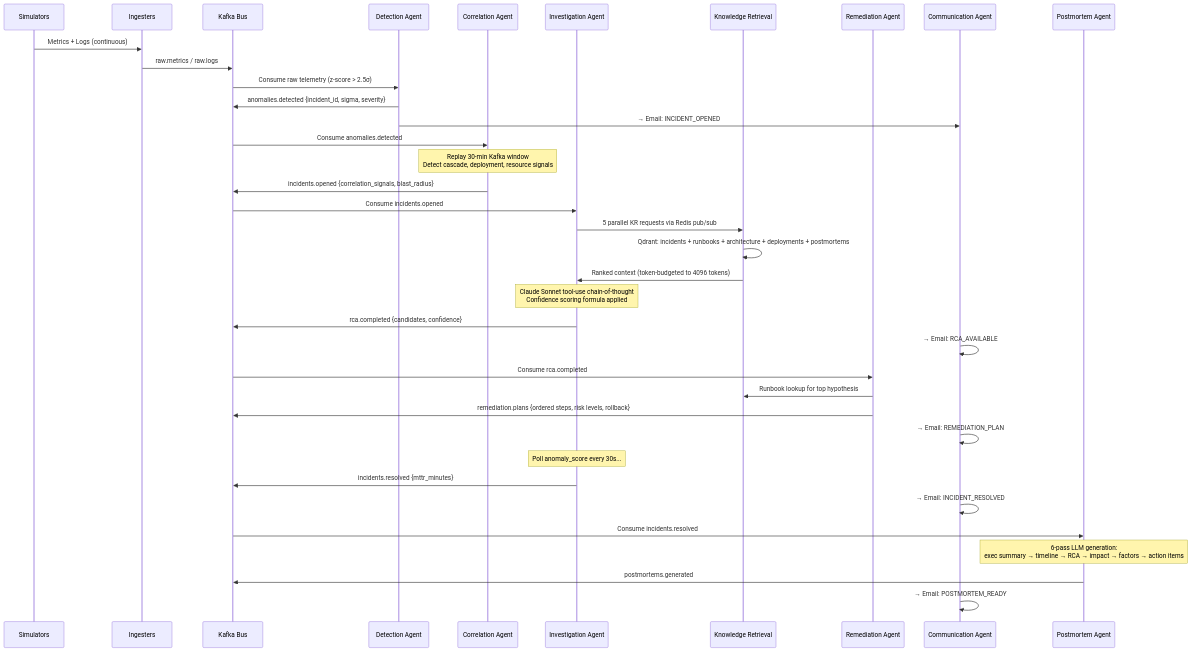
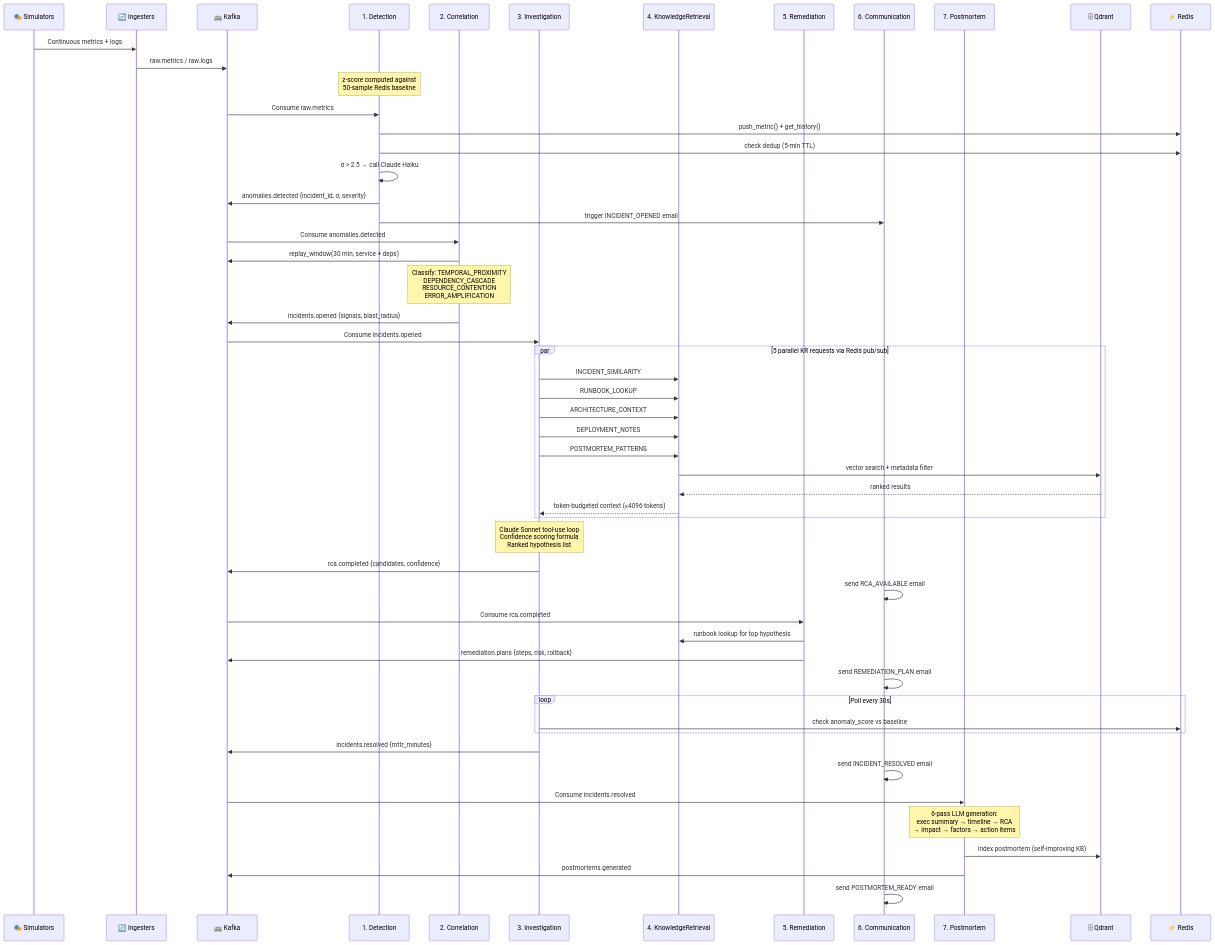
One commit to amudhan023/sre-copilot changed the third of 7 diagrams in README.md. Above: the diagram before and after it, drawn with Mermaid. The commit also changed other lines of this file, not shown here.

First line of the commit message:
Rewrite README with structured docs, 7 Mermaid architecture diagrams

````diff
--- a/README.md
+++ b/README.md
@@ -131,46 +213,63 @@
 ```mermaid
 sequenceDiagram
-    participant SIM as Simulators
-    participant INGEST as Ingesters
-    participant KAFKA as Kafka Bus
-    participant DET as Detection Agent
-    participant CORR as Correlation Agent
-    participant INV as Investigation Agent
-    participant KR as Knowledge Retrieval
-    participant REM as Remediation Agent
-    participant COMM as Communication Agent
-    participant POST as Postmortem Agent
+    participant SIM as 🎭 Simulators
+    participant INGEST as 🔄 Ingesters
+    participant KAFKA as 🚌 Kafka
+    participant DET as 1. Detection
+    participant CORR as 2. Correlation
+    participant INV as 3. Investigation
+    participant KR as 4. KnowledgeRetrieval
+    participant REM as 5. Remediation
+    participant COMM as 6. Communication
+    participant POST as 7. Postmortem
+    participant QDRANT as 🗄 Qdrant
+    participant REDIS as ⚡ Redis
 
-    SIM->>INGEST: Metrics + Logs (continuous)
+    SIM->>INGEST: Continuous metrics + logs
     INGEST->>KAFKA: raw.metrics / raw.logs
 
-    KAFKA->>DET: Consume raw telemetry (z-score > 2.5σ)
-    DET->>KAFKA: anomalies.detected {incident_id, sigma, severity}
-    DET->>COMM: → Email: INCIDENT_OPENED
+    note over DET: z-score computed against<br/>50-sample Redis baseline
+    KAFKA->>DET: Consume raw.metrics
+    DET->>REDIS: push_metric() + get_history()
+    DET->>REDIS: check dedup (5-min TTL)
+    DET->>DET: σ > 2.5 → call Claude Haiku
+    DET->>KAFKA: anomalies.detected {incident_id, σ, severity}
+    DET->>COMM: trigger INCIDENT_OPENED email
 
     KAFKA->>CORR: Consume anomalies.detected
-    Note over CORR: Replay 30-min Kafka window<br/>Detect cascade, deployment, resource signals
-    CORR->>KAFKA: incidents.opened {correlation_signals, blast_radius}
+    CORR->>KAFKA: replay_window(30 min, service + deps)
+    note over CORR: Classify: TEMPORAL_PROXIMITY<br/>DEPENDENCY_CASCADE<br/>RESOURCE_CONTENTION<br/>ERROR_AMPLIFICATION
+    CORR->>KAFKA: incidents.opened {signals, blast_radius}
 
     KAFKA->>INV: Consume incidents.opened
-    INV->>KR: 5 parallel KR requests via Redis pub/sub
-    KR->>KR: Qdrant: incidents + runbooks + architecture + deployments + postmortems
-    KR->>INV: Ranked context (token-budgeted to 4096 tokens)
-    Note over INV: Claude Sonnet tool-use chain-of-thought<br/>Confidence scoring formula applied
+    par 5 parallel KR requests via Redis pub/sub
+        INV->>KR: INCIDENT_SIMILARITY
+        INV->>KR: RUNBOOK_LOOKUP
+        INV->>KR: ARCHITECTURE_CONTEXT
+        INV->>KR: DEPLOYMENT_NOTES
+        INV->>KR: POSTMORTEM_PATTERNS
+        KR->>QDRANT: vector search + metadata filter
+        QDRANT-->>KR: ranked results
+        KR-->>INV: token-budgeted context (≤4096 tokens)
+    end
+    note over INV: Claude Sonnet tool-use loop<br/>Confidence scoring formula<br/>Ranked hypothesis list
     INV->>KAFKA: rca.completed {candidates, confidence}
-    COMM->>COMM: → Email: RCA_AVAILABLE
+    COMM->>COMM: send RCA_AVAILABLE email
 
     KAFKA->>REM: Consume rca.completed
-    REM->>KR: Runbook lookup for top hypothesis
-    REM->>KAFKA: remediation.plans {ordered steps, risk levels, rollback}
-    COMM->>COMM: → Email: REMEDIATION_PLAN
+    REM->>KR: runbook lookup for top hypothesis
+    REM->>KAFKA: remediation.plans {steps, risk, rollback}
+    COMM->>COMM: send REMEDIATION_PLAN email
 
-    Note over INV: Poll anomaly_score every 30s...
+    loop Poll every 30s
+        INV->>REDIS: check anomaly_score vs baseline
+    end
     INV->>KAFKA: incidents.resolved {mttr_minutes}
-    COMM->>COMM: → Email: INCIDENT_RESOLVED
+    COMM->>COMM: send INCIDENT_RESOLVED email
 
     KAFKA->>POST: Consume incidents.resolved
-    Note over POST: 6-pass LLM generation:<br/>exec summary → timeline → RCA → impact → factors → action items
+    note over POST: 6-pass LLM generation:<br/>exec summary → timeline → RCA<br/>→ impact → factors → action items
+    POST->>QDRANT: index postmortem (self-improving KB)
     POST->>KAFKA: postmortems.generated
-    COMM->>COMM: → Email: POSTMORTEM_READY
+    COMM->>COMM: send POSTMORTEM_READY email
 ```
````
